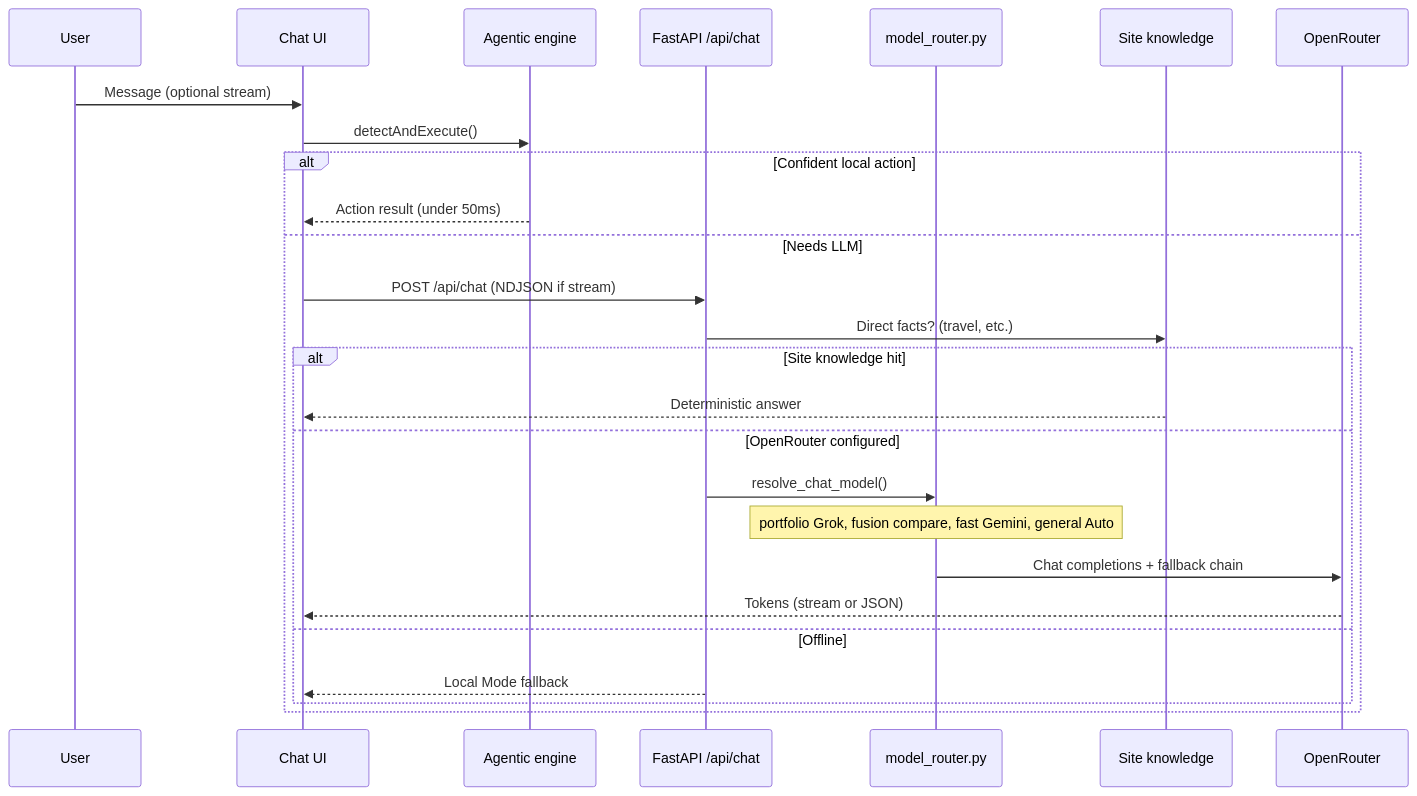
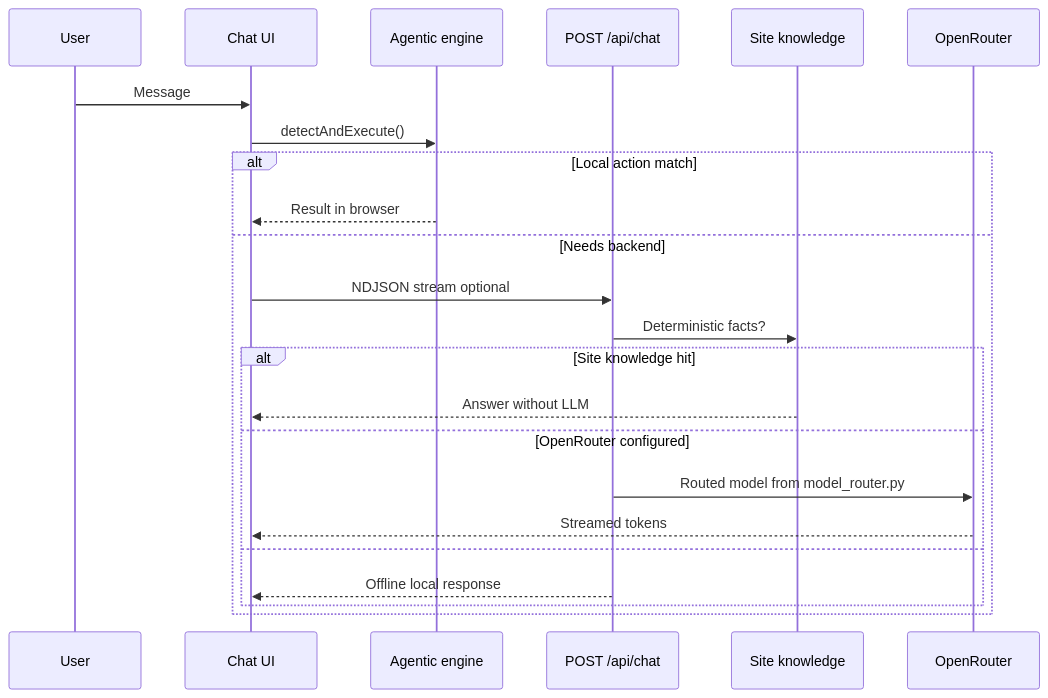
Before and after one commit to mangeshraut712/mangeshrautarchive: the second of 2 diagrams in README.md, drawn with Mermaid. The commit also changed other lines of this file and 4 other files, not shown here.

````diff
--- a/README.md
+++ b/README.md
@@ -387,29 +198,26 @@
 ```mermaid
 sequenceDiagram
     participant U as User
     participant UI as Chat UI
     participant AG as Agentic engine
-    participant API as FastAPI /api/chat
-    participant MR as model_router.py
+    participant API as POST /api/chat
     participant SK as Site knowledge
     participant OR as OpenRouter
 
-    U->>UI: Message (optional stream)
+    U->>UI: Message
     UI->>AG: detectAndExecute()
-    alt Confident local action
-        AG-->>UI: Action result (under 50ms)
-    else Needs LLM
-        UI->>API: POST /api/chat (NDJSON if stream)
-        API->>SK: Direct facts? (travel, etc.)
+    alt Local action match
+        AG-->>UI: Result in browser
+    else Needs backend
+        UI->>API: NDJSON stream optional
+        API->>SK: Deterministic facts?
         alt Site knowledge hit
-            SK-->>UI: Deterministic answer
+            SK-->>UI: Answer without LLM
         else OpenRouter configured
-            API->>MR: resolve_chat_model()
-            Note over MR: portfolio Grok, fusion compare, fast Gemini, general Auto
-            MR->>OR: Chat completions + fallback chain
-            OR-->>UI: Tokens (stream or JSON)
-        else Offline
-            API-->>UI: Local Mode fallback
+            API->>OR: Routed model from model_router.py
+            OR-->>UI: Streamed tokens
+        else
+            API-->>UI: Offline local response
         end
     end
 ```
````
